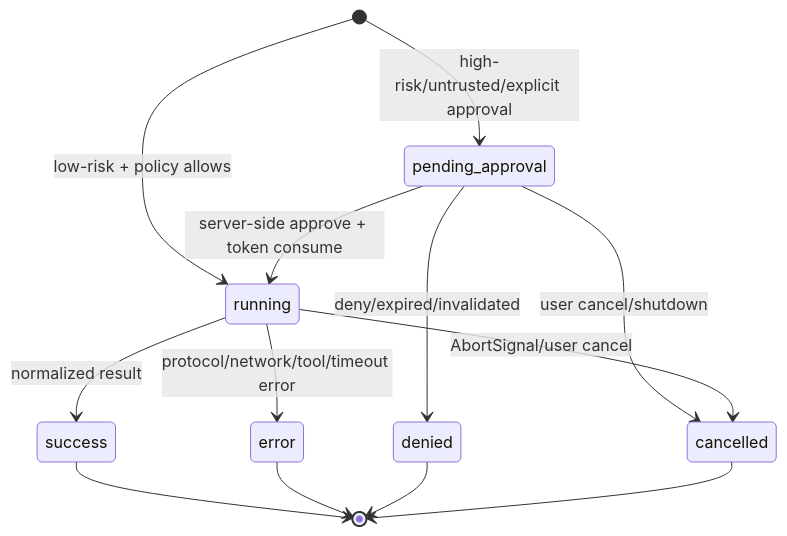
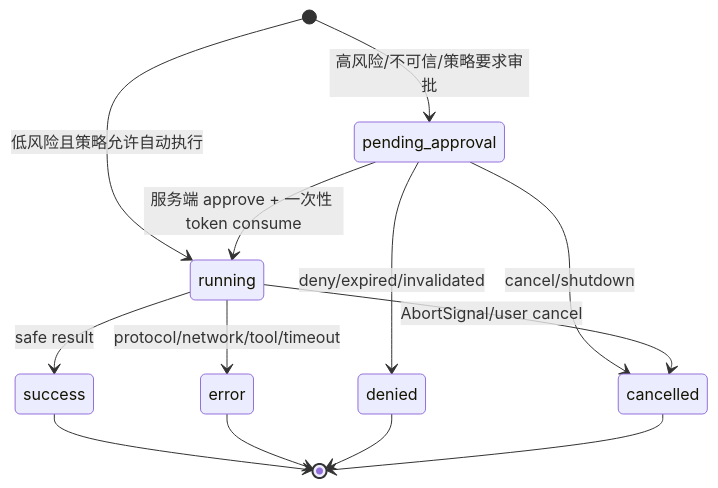
The second of 2 diagrams in docs/MCP/2026-08-02-bloomai-mcp-client-implementation-plan.md (jiujuan/BloomAI), drawn with Mermaid before and after one commit. The commit also changed other lines of this file and 2 other files, not shown here.

````diff
--- a/docs/MCP/2026-08-02-bloomai-mcp-client-implementation-plan.md
+++ b/docs/MCP/2026-08-02-bloomai-mcp-client-implementation-plan.md
@@ -1352,15 +598,15 @@
 ```mermaid
 stateDiagram-v2
-  [*] --> pending_approval: high-risk/untrusted/explicit approval
-  [*] --> running: low-risk + policy allows
-  pending_approval --> running: server-side approve + token consume
+  [*] --> pending_approval: 高风险/不可信/策略要求审批
+  [*] --> running: 低风险且策略允许自动执行
+  pending_approval --> running: 服务端 approve + 一次性 token consume
   pending_approval --> denied: deny/expired/invalidated
-  pending_approval --> cancelled: user cancel/shutdown
-  running --> success: normalized result
-  running --> error: protocol/network/tool/timeout error
+  pending_approval --> cancelled: cancel/shutdown
+  running --> success: safe result
+  running --> error: protocol/network/tool/timeout
   running --> cancelled: AbortSignal/user cancel
   success --> [*]
   error --> [*]
   denied --> [*]
   cancelled --> [*]
 ```
````
